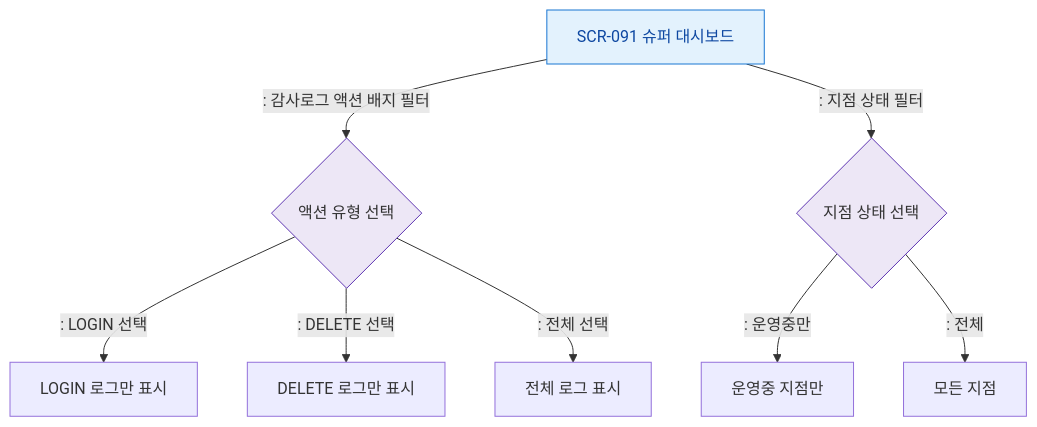
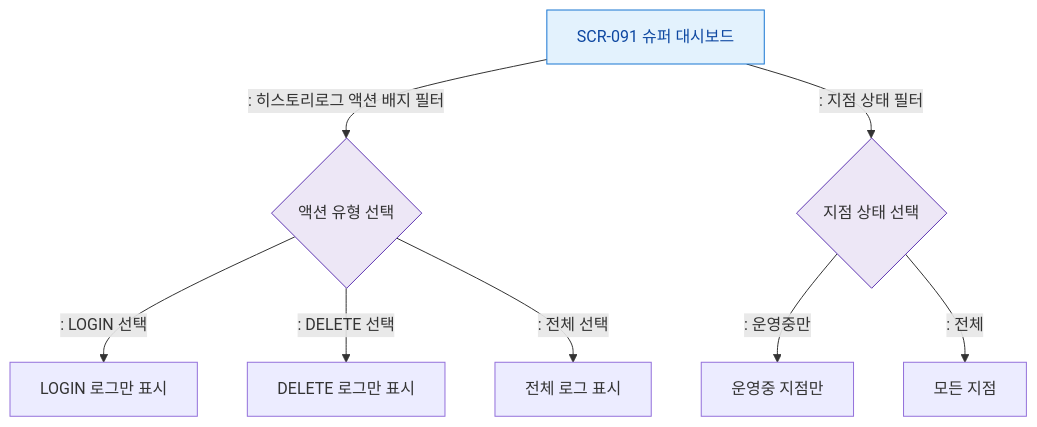
One commit to dev-spogym/admin-pando changed the diagram in docs/admin/다이어그램/D10_본사관리/SCR-091_슈퍼대시보드/F4_필터.md. Above: the diagram before and after it, drawn with Mermaid. The commit also changed other lines of this file and 442 other files, not shown here.

````diff
--- a/docs/admin/다이어그램/D10_본사관리/SCR-091_슈퍼대시보드/F4_필터.md
+++ b/docs/admin/다이어그램/D10_본사관리/SCR-091_슈퍼대시보드/F4_필터.md
@@ -12,19 +12,19 @@
 ```mermaid
 flowchart TD
   SCR_091[SCR-091 슈퍼 대시보드]
 
-  SCR_091 -->|": 감사로그 액션 배지 필터"|AuditFilter{액션 유형 선택}
+  SCR_091 -->|": 히스토리로그 액션 배지 필터"|AuditFilter{액션 유형 선택}
   AuditFilter -->|": LOGIN 선택"|FilterLogin[LOGIN 로그만 표시]
   AuditFilter -->|": DELETE 선택"|FilterDelete[DELETE 로그만 표시]
   AuditFilter -->|": 전체 선택"|FilterAll[전체 로그 표시]
 
   SCR_091 -->|": 지점 상태 필터"|BranchFilter{지점 상태 선택}
   BranchFilter -->|": 운영중만"|ActiveOnly[운영중 지점만]
   BranchFilter -->|": 전체"|AllBranches[모든 지점]
 
   classDef screen fill:#E3F2FD,stroke:#1976D2,color:#0D47A1
   classDef system fill:#EDE7F6,stroke:#5E35B2
 
   class SCR_091 screen
   class AuditFilter,BranchFilter system
 ```
````
